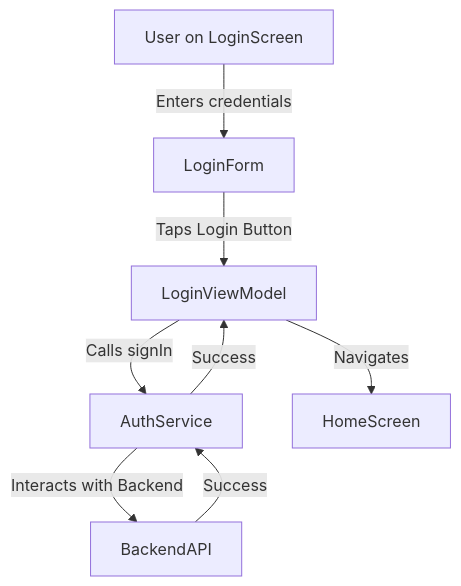
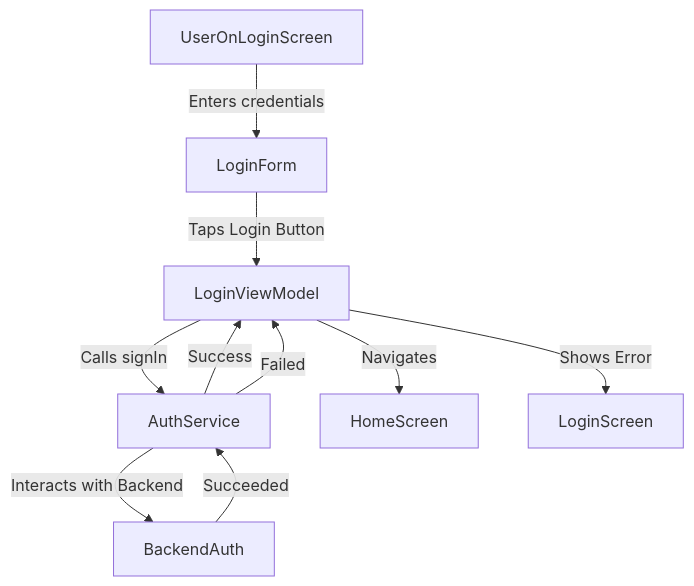
Before and after one commit to its-brianwithai/pew-pew-plx: the second of 2 diagrams in templates/story-template.md, drawn with Mermaid. The commit also changed other lines of this file and 79 other files, not shown here.

````diff
--- a/templates/story-template.md
+++ b/templates/story-template.md
@@ -38,10 +179,12 @@
 ```mermaid
 graph TD
-    User[User on LoginScreen] --> |Enters credentials| LoginForm
+    UserOnLoginScreen --> |Enters credentials| LoginForm
     LoginForm --> |Taps Login Button| LoginViewModel
     LoginViewModel --> |Calls signIn| AuthService
-    AuthService --> |Interacts with Backend| BackendAPI
-    BackendAPI -- Success --> AuthService
+    AuthService --> |Interacts with Backend| BackendAuth
+    BackendAuth -- Succeeded --> AuthService
     AuthService -- Success --> LoginViewModel
     LoginViewModel --> |Navigates| HomeScreen
+    AuthService -- Failed --> LoginViewModel
+    LoginViewModel --> |Shows Error| LoginScreen
 ```
````
